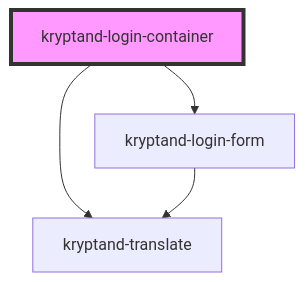
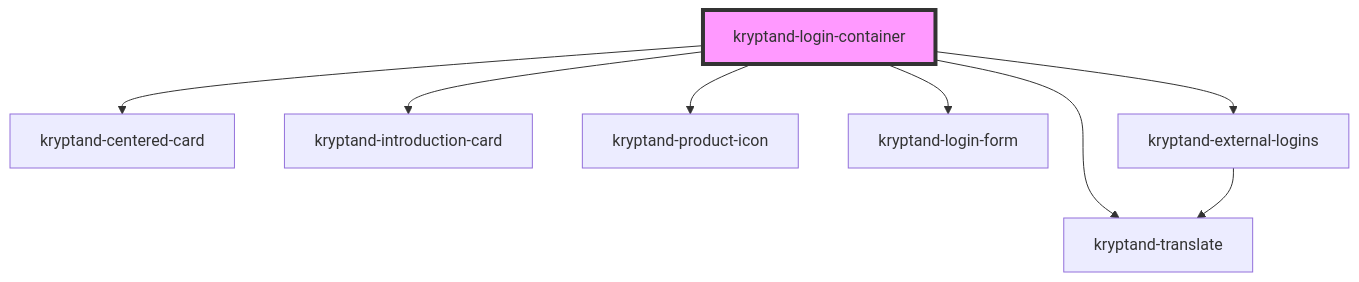
Before and after one commit to Kryptand/authentication: the diagram in libs/web/authentication/feature-login/src/components/login-container/readme.md, drawn with Mermaid. The commit also changed other lines of this file and 45 other files, not shown here.

Commit message:
feat(forms): add register and login form

````diff
--- a/libs/web/authentication/feature-login/src/components/login-container/readme.md
+++ b/libs/web/authentication/feature-login/src/components/login-container/readme.md
@@ -23,7 +27,11 @@
 ```mermaid
 graph TD;
+  kryptand-login-container --> kryptand-centered-card
+  kryptand-login-container --> kryptand-introduction-card
+  kryptand-login-container --> kryptand-product-icon
   kryptand-login-container --> kryptand-translate
   kryptand-login-container --> kryptand-login-form
-  kryptand-login-form --> kryptand-translate
+  kryptand-login-container --> kryptand-external-logins
+  kryptand-external-logins --> kryptand-translate
   style kryptand-login-container fill:#f9f,stroke:#333,stroke-width:4px
 ```
````
